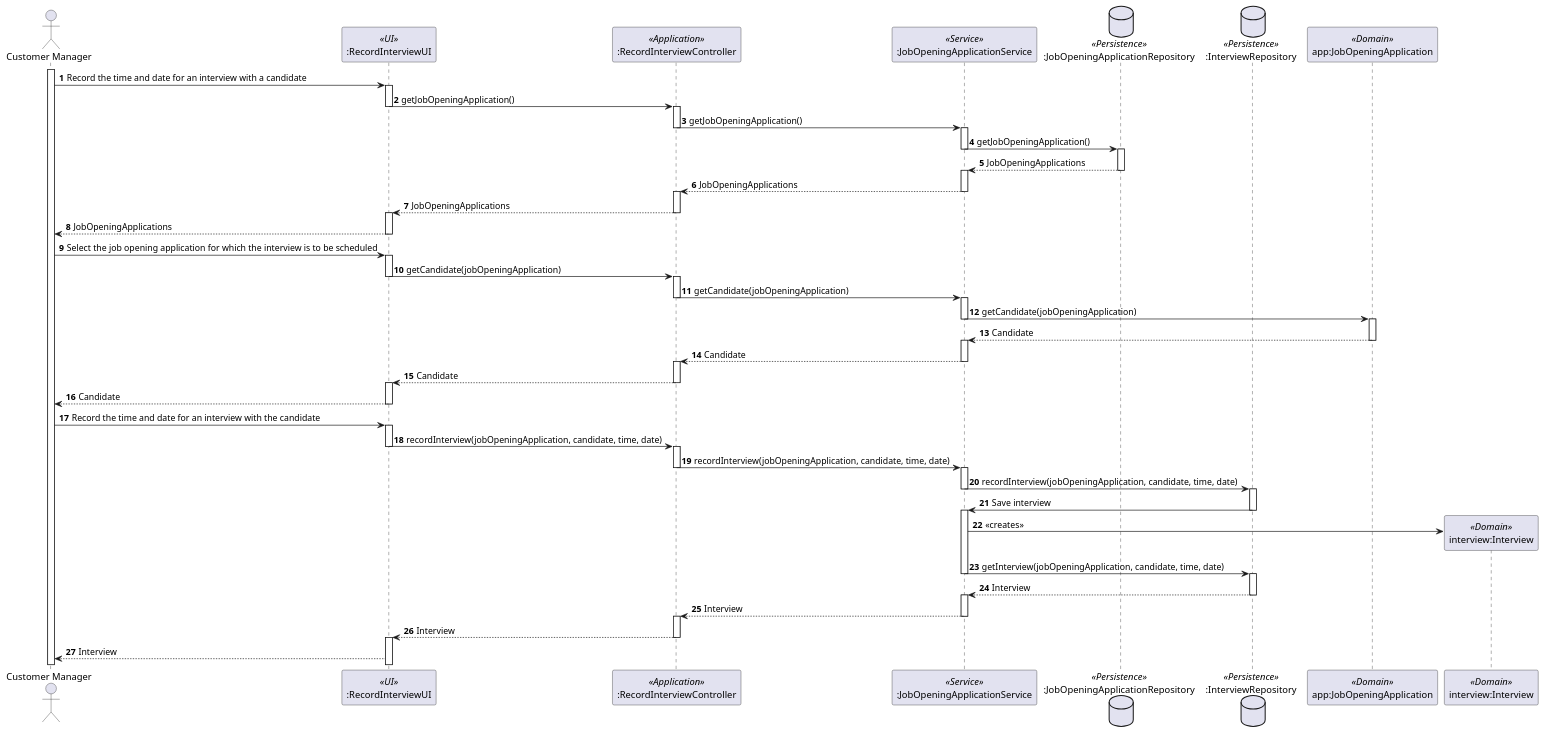
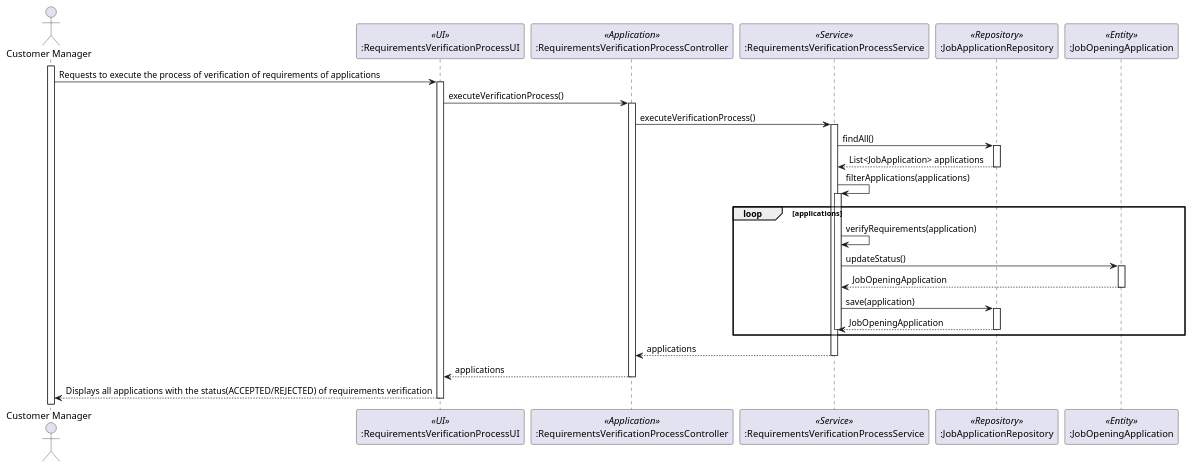
The diagram in docs/sprintC/1015/puml/1015-sequence-diagram.puml (marcoferreira37/Lapr4), drawn with PlantUML before and after one commit.

Commit message:
#40 [1015] - sequence-diagram

```diff
--- a/docs/sprintC/1015/puml/1015-sequence-diagram.puml
+++ b/docs/sprintC/1015/puml/1015-sequence-diagram.puml
@@ -1,145 +1,43 @@
 @startuml
+actor "Customer Manager" as u
+participant ":RequirementsVerificationProcessUI" as ui <<UI>>
+participant ":RequirementsVerificationProcessController" as controller <<Application>>
+participant ":RequirementsVerificationProcessService" as service <<Service>>
+participant ":JobApplicationRepository" as repository <<Repository>>
+participant ":JobOpeningApplication" as application <<Entity>>
 
-actor "Customer Manager" as Agent
-participant ":RecordInterviewUI" as ui <<UI>>
-participant ":RecordInterviewController" as ctrl <<Application>>
-participant ":JobOpeningApplicationService" as jobApServ <<Service>>
-database ":JobOpeningApplicationRepository" as jobRepo <<Persistence>>
-'participant ":ApplicationService" as appServ <<Service>>
-database ":InterviewRepository" as intRepo <<Persistence>>
-participant "app:JobOpeningApplication" as app <<Domain>>
-participant "interview:Interview" as interview <<Domain>>
+activate u
+u -> ui: Requests to execute the process of verification of requirements of applications
+activate ui
+ui -> controller: executeVerificationProcess()
+activate controller
+controller -> service: executeVerificationProcess()
+activate service
+service -> repository: findAll()
+activate repository
+repository --> service: List<JobApplication> applications
+deactivate repository
+service -> service: filterApplications(applications)
+loop applications
+activate service
+    service -> service: verifyRequirements(application)
+    service -> application: updateStatus()
+    activate application
+    application --> service: JobOpeningApplication
+    deactivate application
+    service -> repository: save(application)
+    activate repository
+    repository --> service: JobOpeningApplication
+    deactivate repository
+    deactivate service
 
+end
 
-autonumber
+service --> controller: applications
+deactivate service
+controller --> ui: applications
+deactivate controller
 
-activate Agent
-
-Agent -> ui: Record the time and date for an interview with a candidate
-activate ui
-
-ui -> ctrl: getJobOpeningApplication()
-
+ui --> u: Displays all applications with the status(ACCEPTED/REJECTED) of requirements verification
 deactivate ui
-
-
-activate ctrl
-
-ctrl -> jobApServ: getJobOpeningApplication()
-deactivate ctrl
-
-activate jobApServ
-
-jobApServ -> jobRepo: getJobOpeningApplication()
-deactivate jobApServ
-activate jobRepo
-
-jobRepo --> jobApServ: JobOpeningApplications
-
-deactivate jobRepo
-
-activate jobApServ
-
-jobApServ --> ctrl: JobOpeningApplications
-deactivate jobApServ
-
-activate ctrl
-
-ctrl --> ui: JobOpeningApplications
-deactivate ctrl
-
-activate ui
-
-ui --> Agent: JobOpeningApplications
-deactivate ui
-
-Agent -> ui: Select the job opening application for which the interview is to be scheduled
-activate ui
-
-ui -> ctrl: getCandidate(jobOpeningApplication)
-deactivate ui
-
-activate ctrl
-
-ctrl -> jobApServ: getCandidate(jobOpeningApplication)
-deactivate ctrl
-
-activate jobApServ
-
-jobApServ -> app: getCandidate(jobOpeningApplication)
-deactivate jobApServ
-
-activate app
-
-app --> jobApServ: Candidate
-deactivate app
-
-activate jobApServ
-
-jobApServ --> ctrl: Candidate
-deactivate jobApServ
-
-activate ctrl
-
-ctrl --> ui: Candidate
-deactivate ctrl
-
-activate ui
-
-ui --> Agent: Candidate
-deactivate ui
-
-Agent -> ui: Record the time and date for an interview with the candidate
-activate ui
-
-ui -> ctrl: recordInterview(jobOpeningApplication, candidate, time, date)
-deactivate ui
-
-activate ctrl
-
-ctrl -> jobApServ: recordInterview(jobOpeningApplication, candidate, time, date)
-deactivate ctrl
-
-activate jobApServ
-
-jobApServ -> intRepo: recordInterview(jobOpeningApplication, candidate, time, date)
-deactivate jobApServ
-
-activate intRepo
-
-intRepo -> jobApServ: Save interview
-deactivate intRepo
-
-activate jobApServ
-
-jobApServ -> interview** : «creates»
-
-jobApServ -> intRepo: getInterview(jobOpeningApplication, candidate, time, date)
-deactivate jobApServ
-
-activate intRepo
-
-intRepo --> jobApServ: Interview
-deactivate intRepo
-
-activate jobApServ
-
-jobApServ --> ctrl: Interview
-deactivate jobApServ
-
-activate ctrl
-
-ctrl --> ui: Interview
-deactivate ctrl
-
-activate ui
-
-ui --> Agent: Interview
-
-
-
-
-
-
-
 @enduml
```
